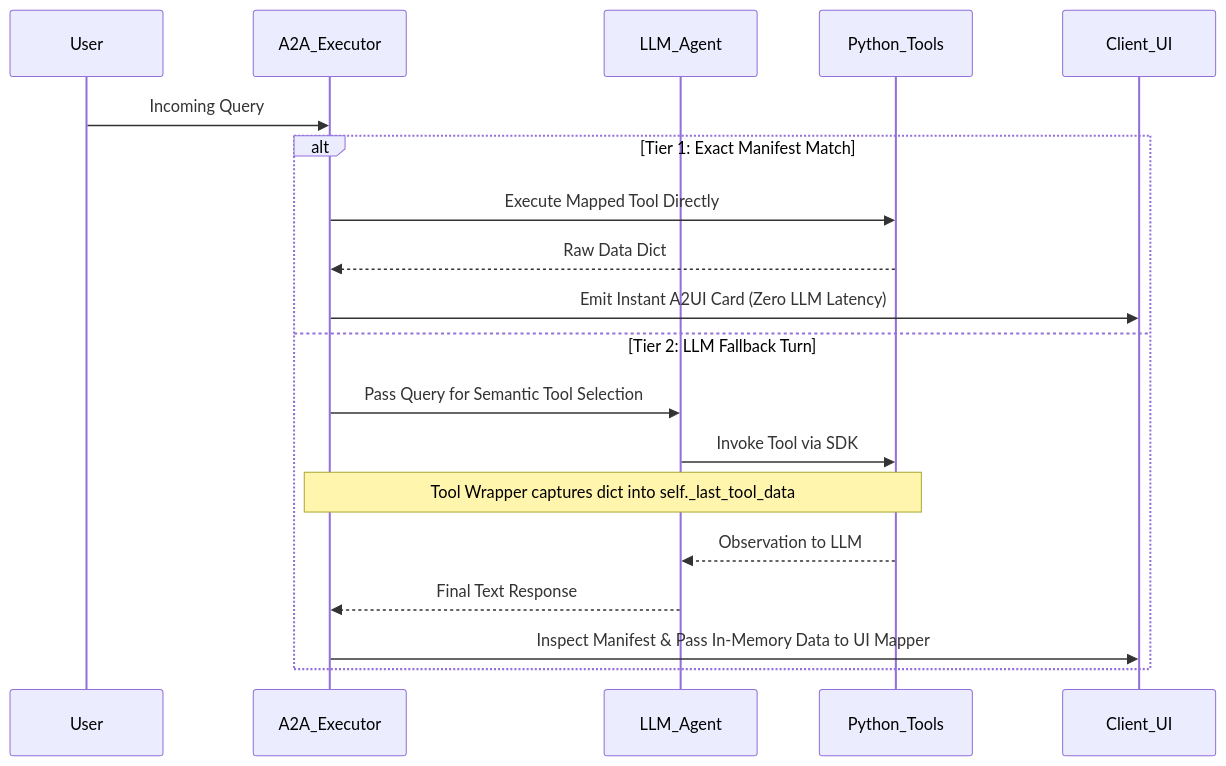
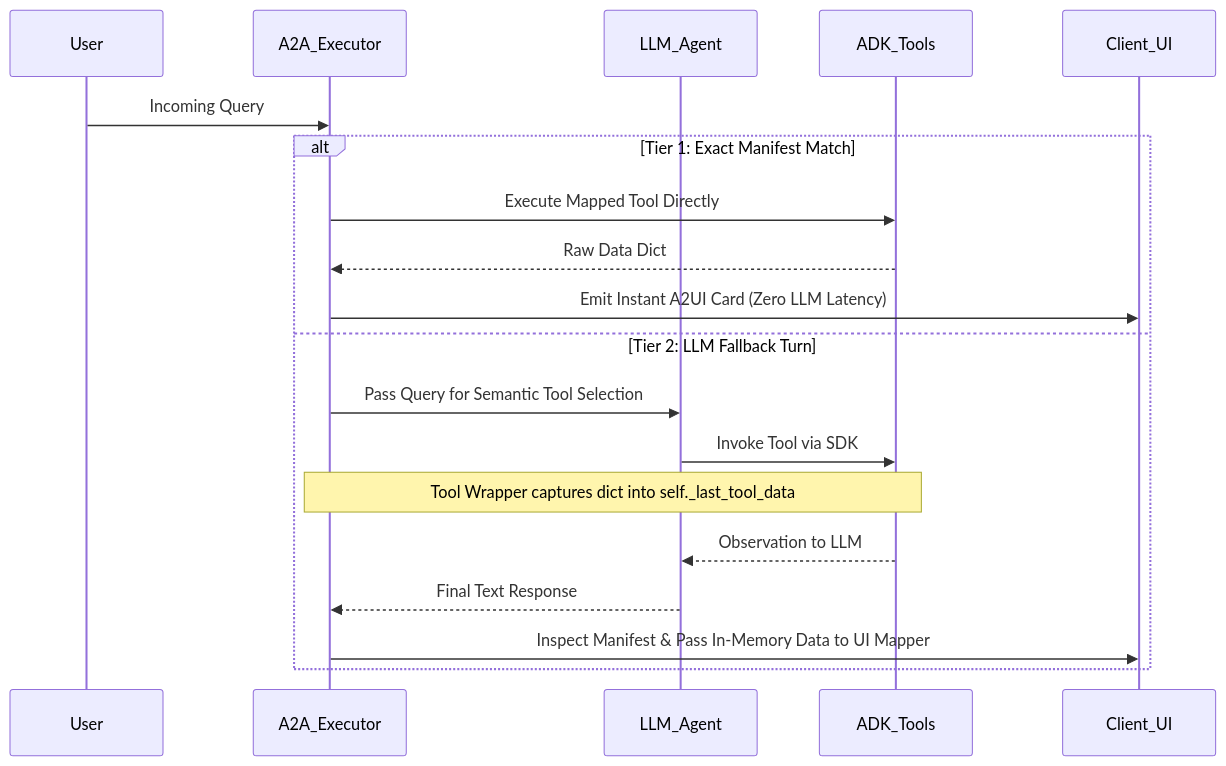
Before and after one commit to acombs121/ge-claims: the diagram in README.md, drawn with Mermaid. The commit also changed other lines of this file and 1 other file, not shown here.

Commit message:
docs(terminology): Standardize Python_Tools terminology to ADK Tools across diagrams and text

````diff
--- a/README.md
+++ b/README.md
@@ -20,22 +20,22 @@
 ```mermaid
 sequenceDiagram
     participant User
     participant A2A_Executor
     participant LLM_Agent
-    participant Python_Tools
+    participant ADK_Tools
     participant Client_UI
 
     User->>A2A_Executor: Incoming Query
     alt Tier 1: Exact Manifest Match
-        A2A_Executor->>Python_Tools: Execute Mapped Tool Directly
-        Python_Tools-->>A2A_Executor: Raw Data Dict
+        A2A_Executor->>ADK_Tools: Execute Mapped Tool Directly
+        ADK_Tools-->>A2A_Executor: Raw Data Dict
         A2A_Executor->>Client_UI: Emit Instant A2UI Card (Zero LLM Latency)
     else Tier 2: LLM Fallback Turn
         A2A_Executor->>LLM_Agent: Pass Query for Semantic Tool Selection
-        LLM_Agent->>Python_Tools: Invoke Tool via SDK
-        Note over Python_Tools,A2A_Executor: Tool Wrapper captures dict into self._last_tool_data
-        Python_Tools-->>LLM_Agent: Observation to LLM
+        LLM_Agent->>ADK_Tools: Invoke Tool via SDK
+        Note over ADK_Tools,A2A_Executor: Tool Wrapper captures dict into self._last_tool_data
+        ADK_Tools-->>LLM_Agent: Observation to LLM
         LLM_Agent-->>A2A_Executor: Final Text Response
         A2A_Executor->>Client_UI: Inspect Manifest & Pass In-Memory Data to UI Mapper
     end
 ```
````
